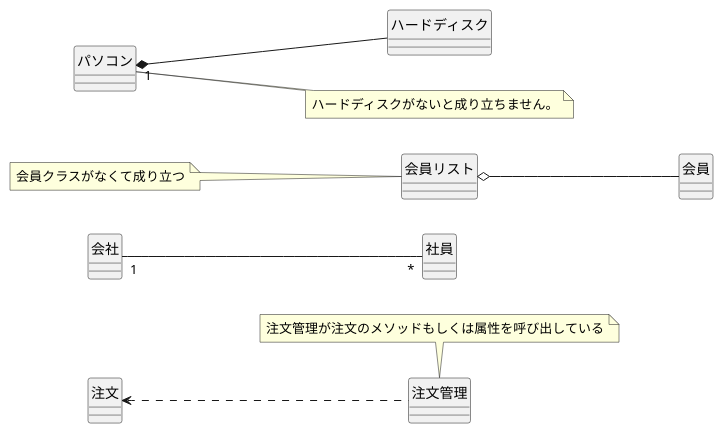
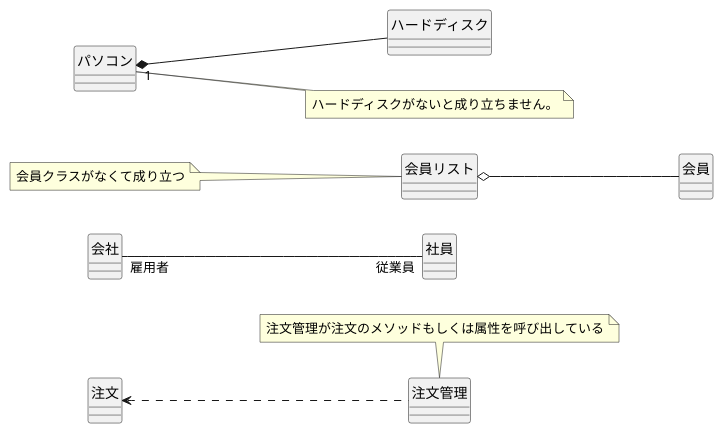
Before and after one commit to Nakmura0121/uml-introduction: the diagram in 図3-3関連.pu, drawn with PlantUML. The commit also changed 3 other files, not shown here.

```diff
--- a/図3-3関連.pu
+++ b/図3-3関連.pu
@@ -1,32 +1,33 @@
 @startuml 関連
 left to right direction
 skinparam classAttributeIconSize 0
 class 会社{}
 class 社員{}
 ' 会社 --> 社員:雇う >
-会社"1"--"*" 社員
+' 会社"1"--"*" 社員
+会社"雇用者"--"従業員" 社員
 会員リスト o-- 会員
 note left of 会員リスト
 会員クラスがなくて成り立つ
 end note
 
 パソコン"1" *-- ハードディスク
 note right of パソコン
 ハードディスクがないと成り立ちません。
 end note
 
 注文 <.. 注文管理
 note top of 注文管理
 注文管理が注文のメソッドもしくは属性を呼び出している
 end note
 
 hide 会社 circle
 hide 社員 circle
 hide 会員リスト circle
 hide 会員 circle
 hide パソコン circle
 hide ハードディスク circle
 hide 注文 circle
 hide 注文管理 circle
 
 @enduml
```
